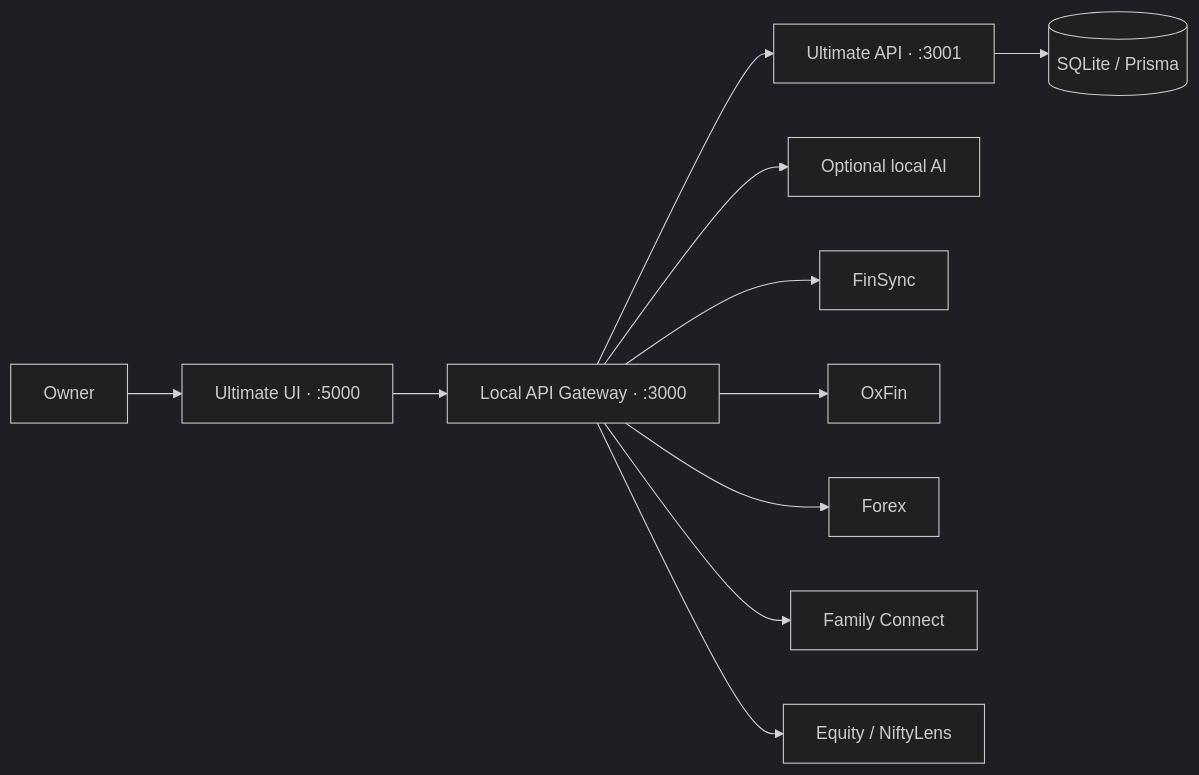
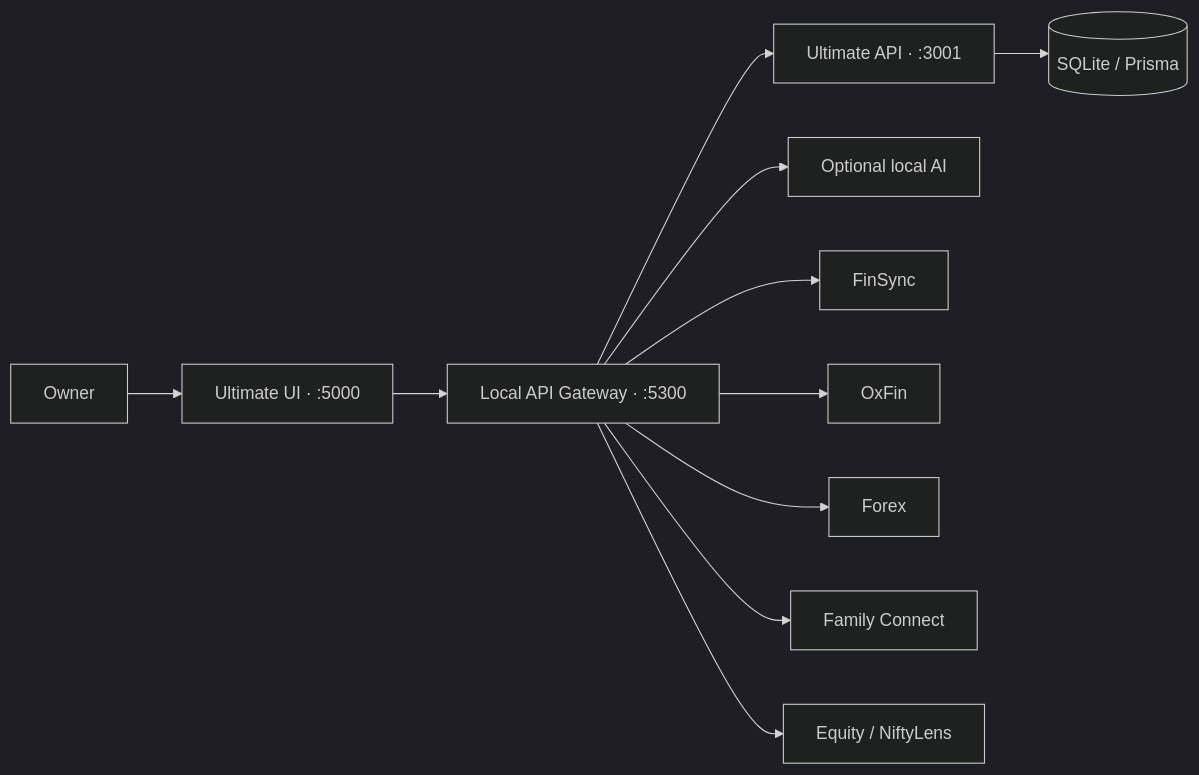
Before and after one commit to gokulsenthilkumar3/Ultimate: the diagram in README.md, drawn with Mermaid (dark theme). The commit also changed other lines of this file and 285 other files, not shown here.

````diff
--- a/README.md
+++ b/README.md
@@ -84,13 +89,13 @@
 ```mermaid
 flowchart LR
     User[Owner] --> Ultimate[Ultimate UI · :5000]
-    Ultimate --> Gateway[Local API Gateway · :3000]
+    Ultimate --> Gateway[Local API Gateway · :5300]
     Gateway --> Core[Ultimate API · :3001]
     Gateway --> AI[Optional local AI]
     Gateway --> FinSync[FinSync]
     Gateway --> OxFin[OxFin]
     Gateway --> Forex[Forex]
     Gateway --> Family[Family Connect]
     Gateway --> Equity[Equity / NiftyLens]
     Core --> SQLite[(SQLite / Prisma)]
 ```
````
